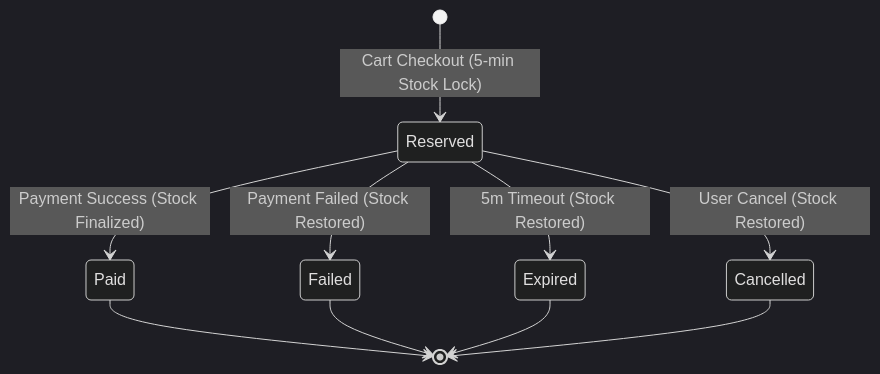
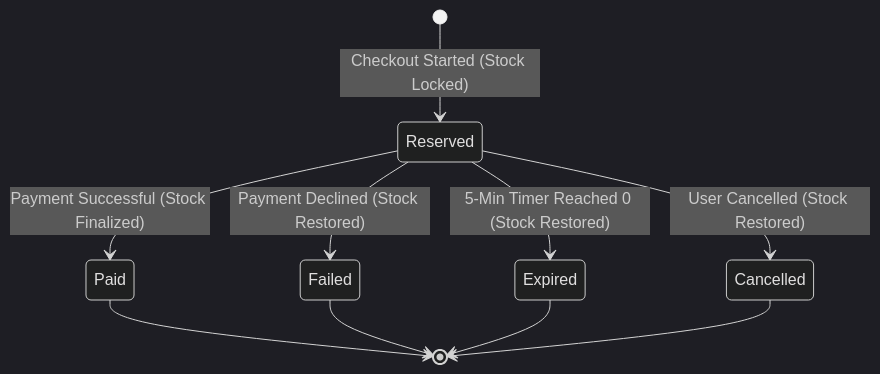
The diagram in README.md (CodeInfinite-2001/POS-Order-Inventory-System), drawn with Mermaid (dark theme) before and after one commit. The commit also changed other lines of this file, not shown here.

````diff
--- a/README.md
+++ b/README.md
@@ -97,12 +109,12 @@
 ```mermaid
 stateDiagram-v2
-    [*] --> Reserved: Cart Checkout (5-min Stock Lock)
-    Reserved --> Paid: Payment Success (Stock Finalized)
-    Reserved --> Failed: Payment Failed (Stock Restored)
-    Reserved --> Expired: 5m Timeout (Stock Restored)
-    Reserved --> Cancelled: User Cancel (Stock Restored)
+    [*] --> Reserved: Checkout Started (Stock Locked)
+    Reserved --> Paid: Payment Successful (Stock Finalized)
+    Reserved --> Failed: Payment Declined (Stock Restored)
+    Reserved --> Expired: 5-Min Timer Reached 0 (Stock Restored)
+    Reserved --> Cancelled: User Cancelled (Stock Restored)
     Paid --> [*]
     Failed --> [*]
     Expired --> [*]
     Cancelled --> [*]
 ```
````
